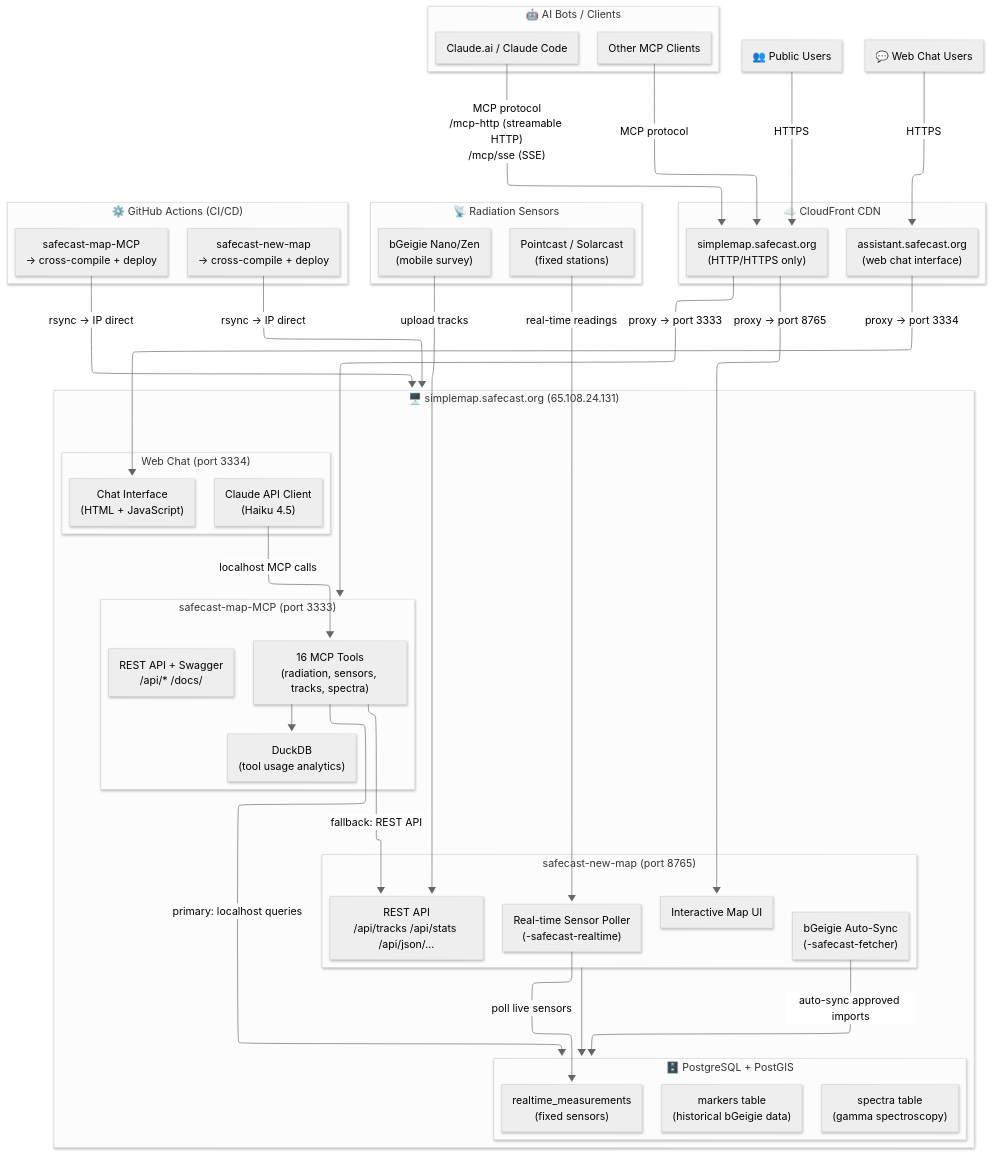
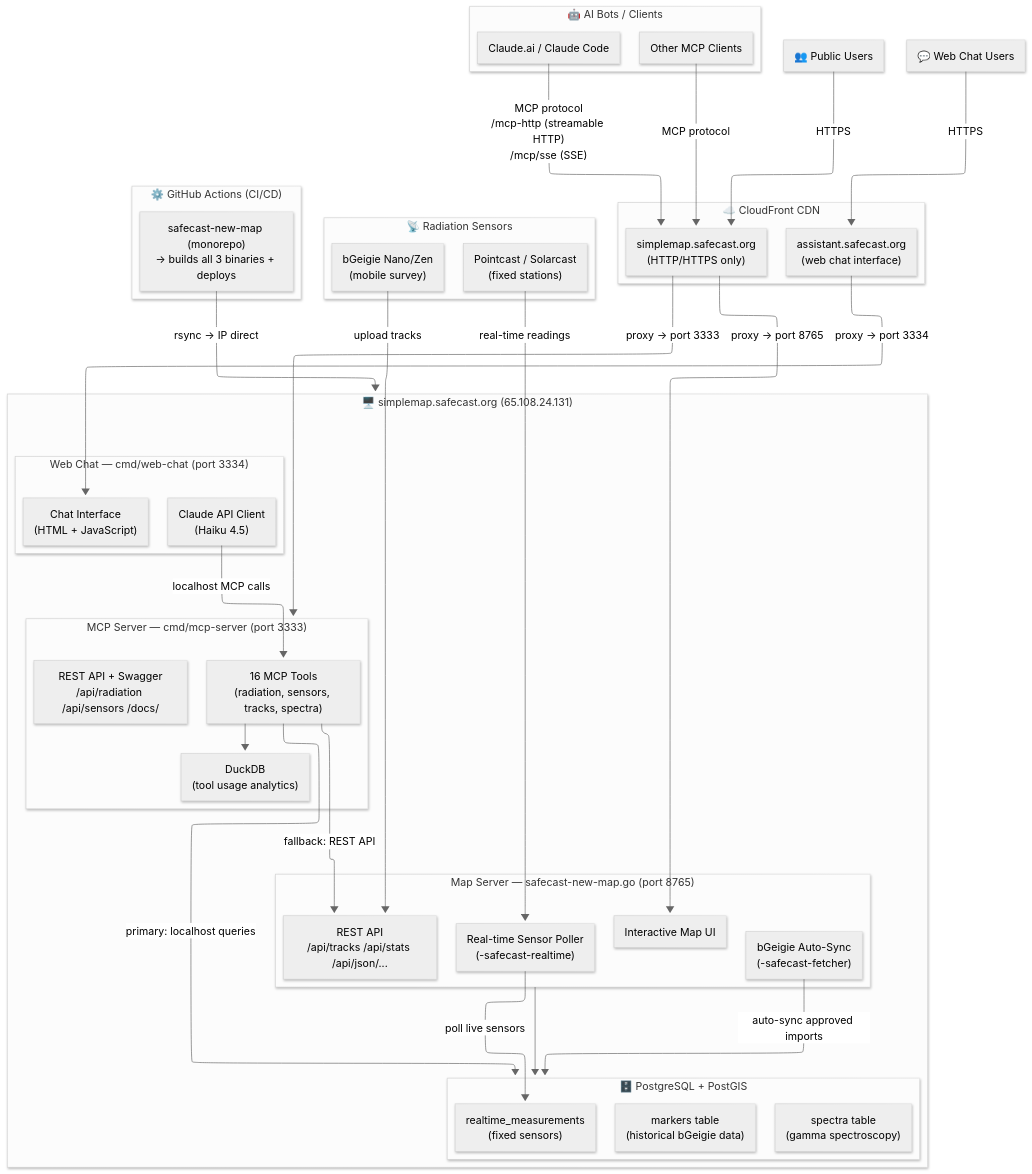
One commit to Safecast/safecast-new-map changed the diagram in docs/Mermaid Chart - Create complex, visual diagrams with text.-2026-02-28-043816.mmd. Above: the diagram before and after it, drawn with Mermaid. The commit also changed 1 other file, not shown here.

Commit message:
docs: update README and architecture diagram for monorepo
- README: add MCP Server & AI Integration section with connection instructions
- Mermaid diagram: reflect single monorepo CI/CD workflow, update service labels
  to show cmd/ source paths

Entire-Checkpoint: 251da03dd112

```diff
--- a/docs/Mermaid Chart - Create complex, visual diagrams with text.-2026-02-28-043816.mmd
+++ b/docs/Mermaid Chart - Create complex, visual diagrams with text.-2026-02-28-043816.mmd
@@ -1,67 +1,65 @@
 ---
 config:
   layout: elk
   theme: neutral
   look: neo
 ---
 flowchart TB
  subgraph AI["🤖 AI Bots / Clients"]
         Claude["Claude.ai / Claude Code"]
         Other["Other MCP Clients"]
   end
  subgraph CDN["☁️ CloudFront CDN"]
         CF["simplemap.safecast.org\n(HTTP/HTTPS only)"]
         Assistant["assistant.safecast.org\n(web chat interface)"]
   end
- subgraph MCP["safecast-map-MCP (port 3333)"]
+ subgraph MCP["MCP Server — cmd/mcp-server (port 3333)"]
         MCPTools["16 MCP Tools\n(radiation, sensors, tracks, spectra)"]
-        REST_MCP["REST API + Swagger\n/api/* /docs/"]
+        REST_MCP["REST API + Swagger\n/api/radiation /api/sensors /docs/"]
         DuckDB["DuckDB\n(tool usage analytics)"]
   end
- subgraph MapServer["safecast-new-map (port 8765)"]
+ subgraph MapServer["Map Server — safecast-new-map.go (port 8765)"]
         MapUI["Interactive Map UI"]
         REST_Map["REST API\n/api/tracks /api/stats /api/json/..."]
         Fetcher["bGeigie Auto-Sync\n(-safecast-fetcher)"]
         RTPoller["Real-time Sensor Poller\n(-safecast-realtime)"]
   end
  subgraph DB["🗄️ PostgreSQL + PostGIS"]
         markers["markers table\n(historical bGeigie data)"]
         realtime["realtime_measurements\n(fixed sensors)"]
         spectra["spectra table\n(gamma spectroscopy)"]
   end
- subgraph WebChat["Web Chat (port 3334)"]
+ subgraph WebChat["Web Chat — cmd/web-chat (port 3334)"]
         ChatUI["Chat Interface\n(HTML + JavaScript)"]
         ClaudeAPI["Claude API Client\n(Haiku 4.5)"]
   end
  subgraph Server["🖥️ simplemap.safecast.org (65.108.24.131)"]
         MCP
         MapServer
         WebChat
         DB
   end
  subgraph Devices["📡 Radiation Sensors"]
         bGeigie["bGeigie Nano/Zen\n(mobile survey)"]
         Fixed["Pointcast / Solarcast\n(fixed stations)"]
   end
  subgraph CICD["⚙️ GitHub Actions (CI/CD)"]
-        GH_MCP["safecast-map-MCP\n→ cross-compile + deploy"]
-        GH_Map["safecast-new-map\n→ cross-compile + deploy"]
+        GH_All["safecast-new-map (monorepo)\n→ builds all 3 binaries + deploys"]
   end
     MCPTools --> DuckDB
     MCPTools -- primary: localhost queries --> DB
     MapServer --> DB
     Fetcher -- "auto-sync approved imports" --> DB
     RTPoller -- poll live sensors --> realtime
     Claude -- "MCP protocol\n/mcp-http (streamable HTTP)\n/mcp/sse (SSE)" --> CF
     Other -- MCP protocol --> CF
     CF -- proxy → port 3333 --> MCP
     MCPTools -- fallback: REST API --> REST_Map
     Users["👥 Public Users"] -- HTTPS --> CF
     CF -- proxy → port 8765 --> MapUI
     WebUsers["💬 Web Chat Users"] -- HTTPS --> Assistant
     Assistant -- proxy → port 3334 --> ChatUI
     ClaudeAPI -- "localhost MCP calls" --> MCPTools
     bGeigie -- upload tracks --> REST_Map
     Fixed -- "real-time readings" --> RTPoller
-    GH_MCP -- rsync → IP direct --> Server
-    GH_Map -- rsync → IP direct --> Server
+    GH_All -- rsync → IP direct --> Server
```
